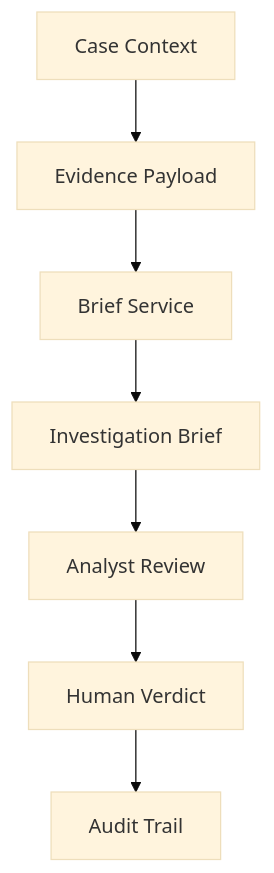
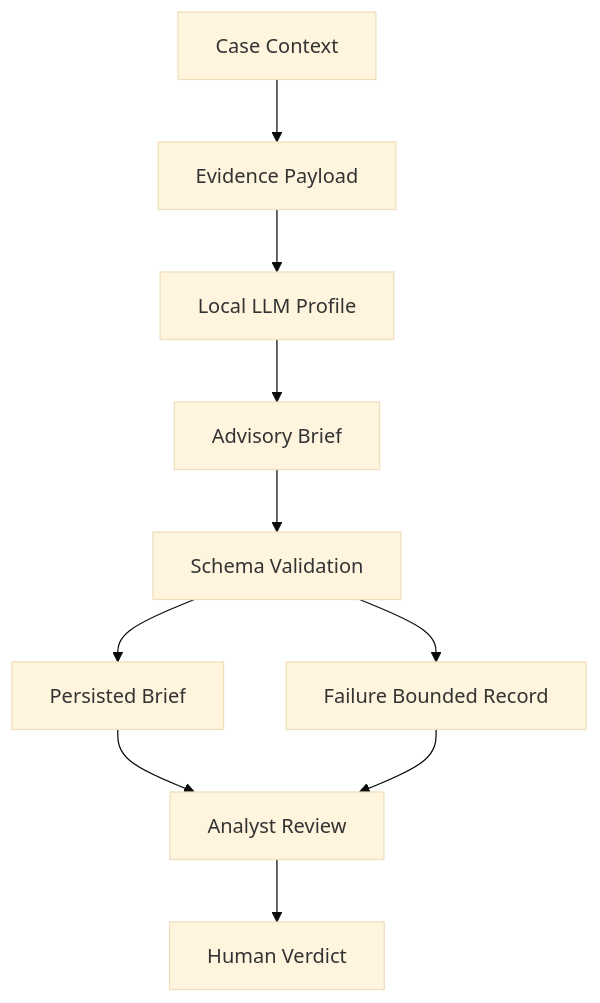
One commit to IjazKakkodDS/transaction-fraud-intelligence-console changed the fourth of 6 diagrams in README.md. Above: the diagram before and after it, drawn with Mermaid (base theme). The commit also changed other lines of this file, not shown here.

Commit message:
Enhance README architecture and reviewer flow

````diff
--- a/README.md
+++ b/README.md
@@ -326,16 +371,21 @@
 ```mermaid
 graph TD
 A[Case Context]
 B[Evidence Payload]
-C[Brief Service]
-D[Investigation Brief]
-E[Analyst Review]
-F[Human Verdict]
-G[Audit Trail]
+C[Local LLM Profile]
+D[Advisory Brief]
+E[Schema Validation]
+F[Persisted Brief]
+G[Failure Bounded Record]
+H[Analyst Review]
+I[Human Verdict]
 A --> B
 B --> C
 C --> D
 D --> E
 E --> F
-F --> G
+E --> G
+F --> H
+G --> H
+H --> I
 ```
````
